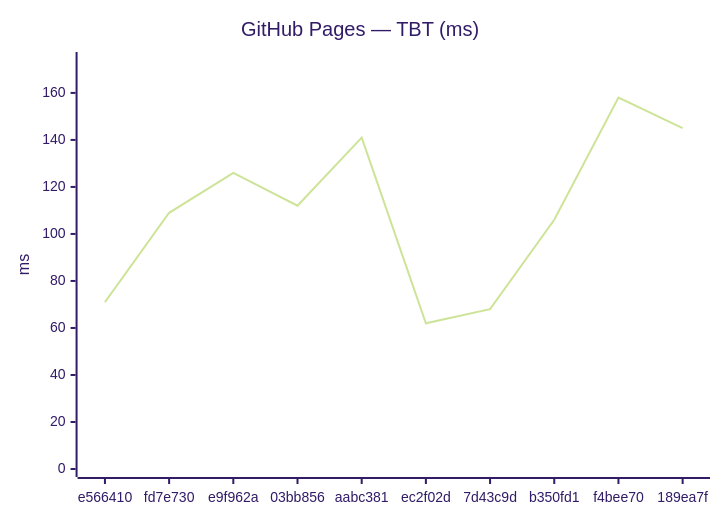
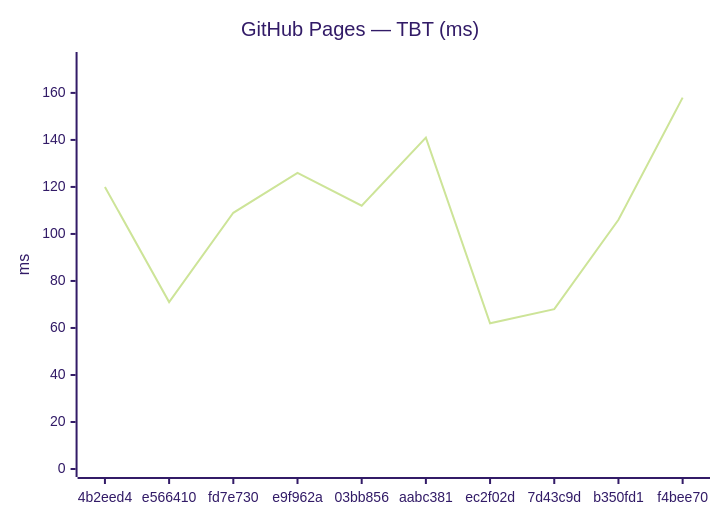
Before and after one commit to Metaheurist/Rianell: the fourth of 18 diagrams in benchmarks/compare.md, drawn with Mermaid (forest theme). The commit also changed other lines of this file and 11 other files, not shown here.

````diff
--- a/benchmarks/compare.md
+++ b/benchmarks/compare.md
@@ -61,7 +61,7 @@
 ```mermaid
 xychart-beta
     title "GitHub Pages — TBT (ms)"
-    x-axis ["e566410", "fd7e730", "e9f962a", "03bb856", "aabc381", "ec2f02d", "7d43c9d", "b350fd1", "f4bee70", "189ea7f"]
+    x-axis ["4b2eed4", "e566410", "fd7e730", "e9f962a", "03bb856", "aabc381", "ec2f02d", "7d43c9d", "b350fd1", "f4bee70"]
     y-axis "ms" 0 --> 174
-    line [71, 109, 126, 112, 141, 62, 68, 106, 158, 145]
+    line [120, 71, 109, 126, 112, 141, 62, 68, 106, 158]
 ```
````
